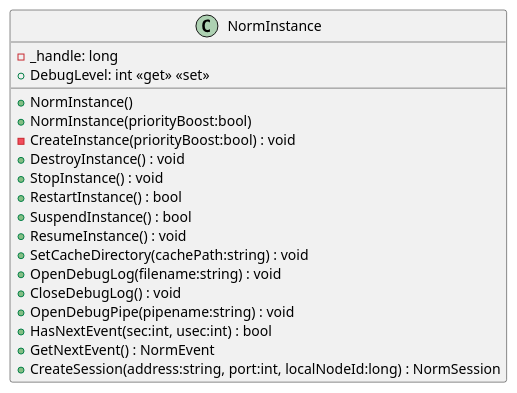
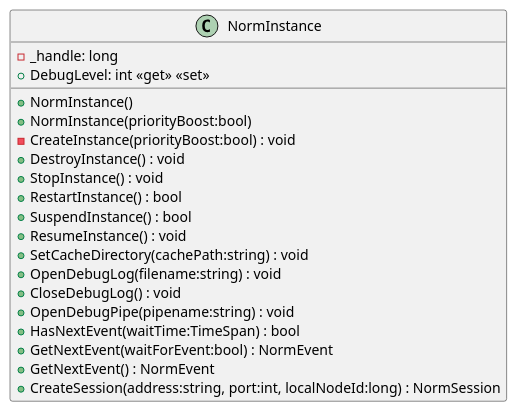
One commit to mullerj/norm changed the diagram in src/dotnet/design/Mil/Navy/Nrl/Norm/NormInstance.puml. Above: the diagram before and after it, drawn with PlantUML. The commit also changed 3 other files, not shown here.

```diff
--- a/src/dotnet/design/Mil/Navy/Nrl/Norm/NormInstance.puml
+++ b/src/dotnet/design/Mil/Navy/Nrl/Norm/NormInstance.puml
@@ -1,21 +1,22 @@
 @startuml
 class NormInstance {
     - _handle: long
     + NormInstance()
     + NormInstance(priorityBoost:bool)
     - CreateInstance(priorityBoost:bool) : void
     + DestroyInstance() : void
     + StopInstance() : void
     + RestartInstance() : bool
     + SuspendInstance() : bool
     + ResumeInstance() : void
     + SetCacheDirectory(cachePath:string) : void
     + OpenDebugLog(filename:string) : void
     + CloseDebugLog() : void
     + OpenDebugPipe(pipename:string) : void
     + DebugLevel: int <<get>> <<set>>
-    + HasNextEvent(sec:int, usec:int) : bool
+    + HasNextEvent(waitTime:TimeSpan) : bool
+    + GetNextEvent(waitForEvent:bool) : NormEvent
     + GetNextEvent() : NormEvent
     + CreateSession(address:string, port:int, localNodeId:long) : NormSession
 }
 @enduml
```
